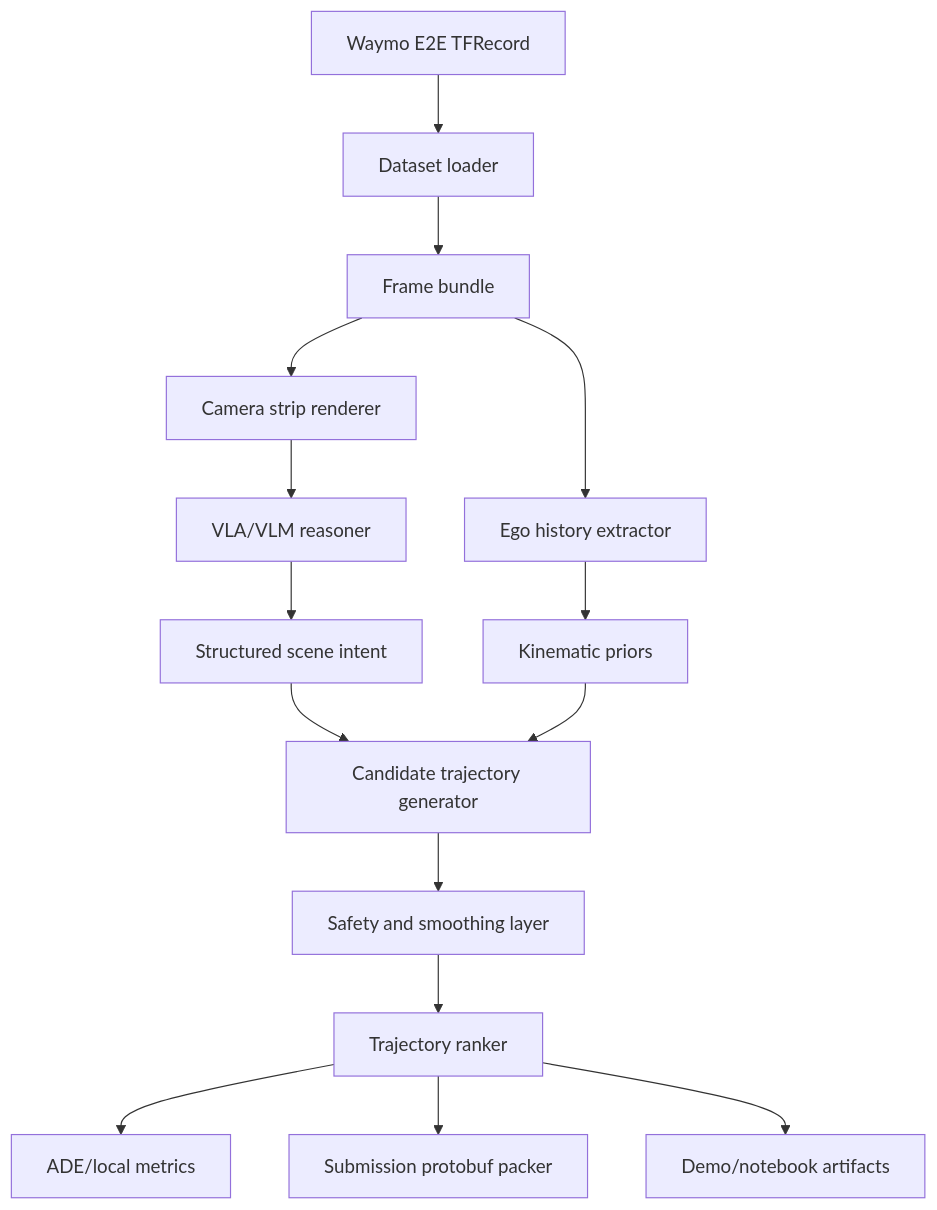
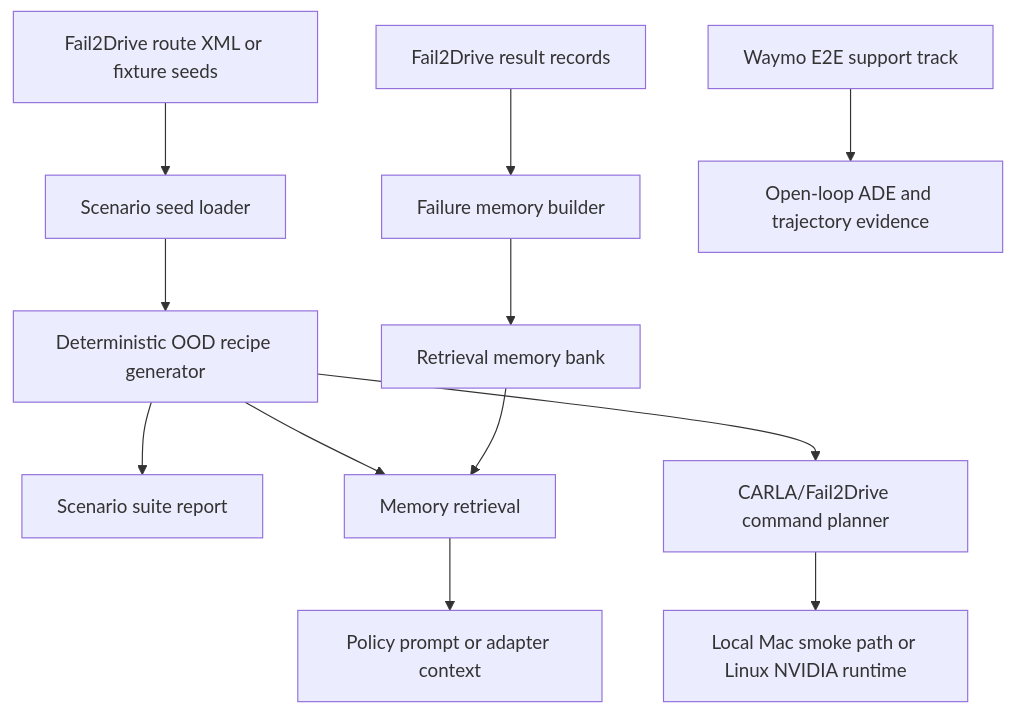
The diagram in ARCHITECTURE.md (ZanarkandTechnologies/0xDriver), drawn with Mermaid before and after one commit. The commit also changed other lines of this file and 57 other files, not shown here.

Commit message:
feat(scenarios): add local scenario forge

````diff
--- a/ARCHITECTURE.md
+++ b/ARCHITECTURE.md
@@ -16,17 +16,14 @@
 ```mermaid
 flowchart TD
-    A["Waymo E2E TFRecord"] --> B["Dataset loader"]
-    B --> C["Frame bundle"]
-    C --> D["Camera strip renderer"]
-    C --> E["Ego history extractor"]
-    D --> F["VLA/VLM reasoner"]
-    E --> G["Kinematic priors"]
-    F --> H["Structured scene intent"]
-    H --> I["Candidate trajectory generator"]
-    G --> I
-    I --> J["Safety and smoothing layer"]
-    J --> K["Trajectory ranker"]
-    K --> L["ADE/local metrics"]
-    K --> M["Submission protobuf packer"]
-    K --> N["Demo/notebook artifacts"]
+    A["Fail2Drive route XML or fixture seeds"] --> B["Scenario seed loader"]
+    B --> C["Deterministic OOD recipe generator"]
+    C --> D["Scenario suite report"]
+    E["Fail2Drive result records"] --> F["Failure memory builder"]
+    F --> G["Retrieval memory bank"]
+    C --> H["Memory retrieval"]
+    G --> H
+    H --> I["Policy prompt or adapter context"]
+    C --> J["CARLA/Fail2Drive command planner"]
+    J --> K["Local Mac smoke path or Linux NVIDIA runtime"]
+    L["Waymo E2E support track"] --> M["Open-loop ADE and trajectory evidence"]
 ```
````
